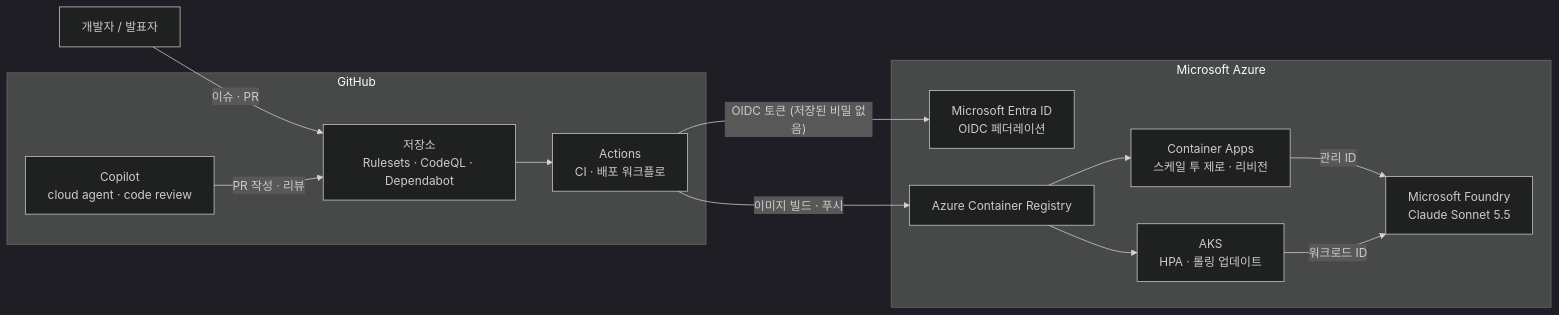
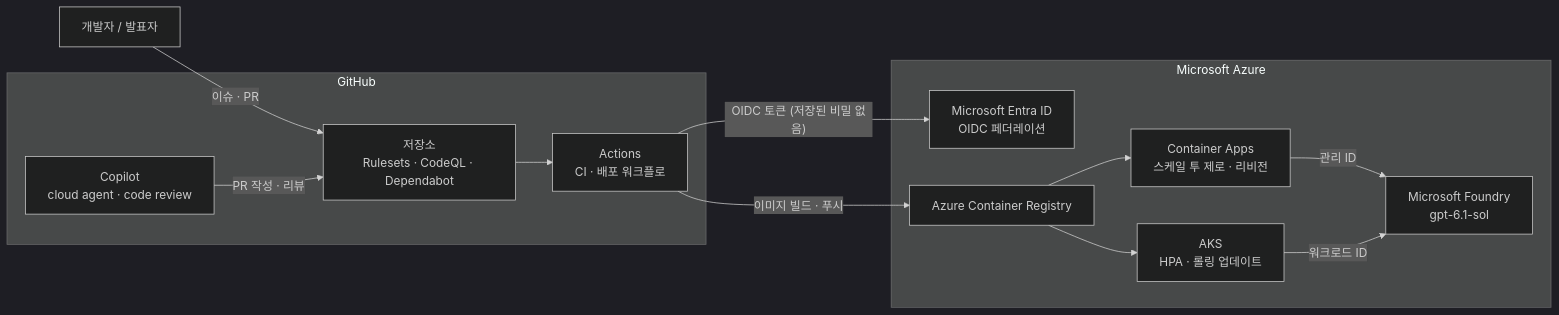
Before and after one commit to junwoojeong100/ghcp-in-the-cloud: the diagram in README.md, drawn with Mermaid (dark theme). The commit also changed other lines of this file and 25 other files, not shown here.

First line of the commit message:
Make gpt-6.1-sol the default Foundry model (Claude stays optional)

````diff
--- a/README.md
+++ b/README.md
@@ -38,25 +38,25 @@
 ```mermaid
 flowchart LR
   dev["개발자 / 발표자"]
   subgraph GH["GitHub"]
     repo["저장소<br/>Rulesets · CodeQL · Dependabot"]
     copilot["Copilot<br/>cloud agent · code review"]
     actions["Actions<br/>CI · 배포 워크플로"]
   end
   subgraph AZ["Microsoft Azure"]
     entra["Microsoft Entra ID<br/>OIDC 페더레이션"]
     acr["Azure Container Registry"]
     aca["Container Apps<br/>스케일 투 제로 · 리비전"]
     aks["AKS<br/>HPA · 롤링 업데이트"]
-    foundry["Microsoft Foundry<br/>Claude Sonnet 5.5"]
+    foundry["Microsoft Foundry<br/>gpt-6.1-sol"]
   end
   dev -->|"이슈 · PR"| repo
   copilot -->|"PR 작성 · 리뷰"| repo
   repo --> actions
   actions -->|"OIDC 토큰 (저장된 비밀 없음)"| entra
   actions -->|"이미지 빌드 · 푸시"| acr
   acr --> aca
   acr --> aks
   aca -->|"관리 ID"| foundry
   aks -->|"워크로드 ID"| foundry
 ```
````
